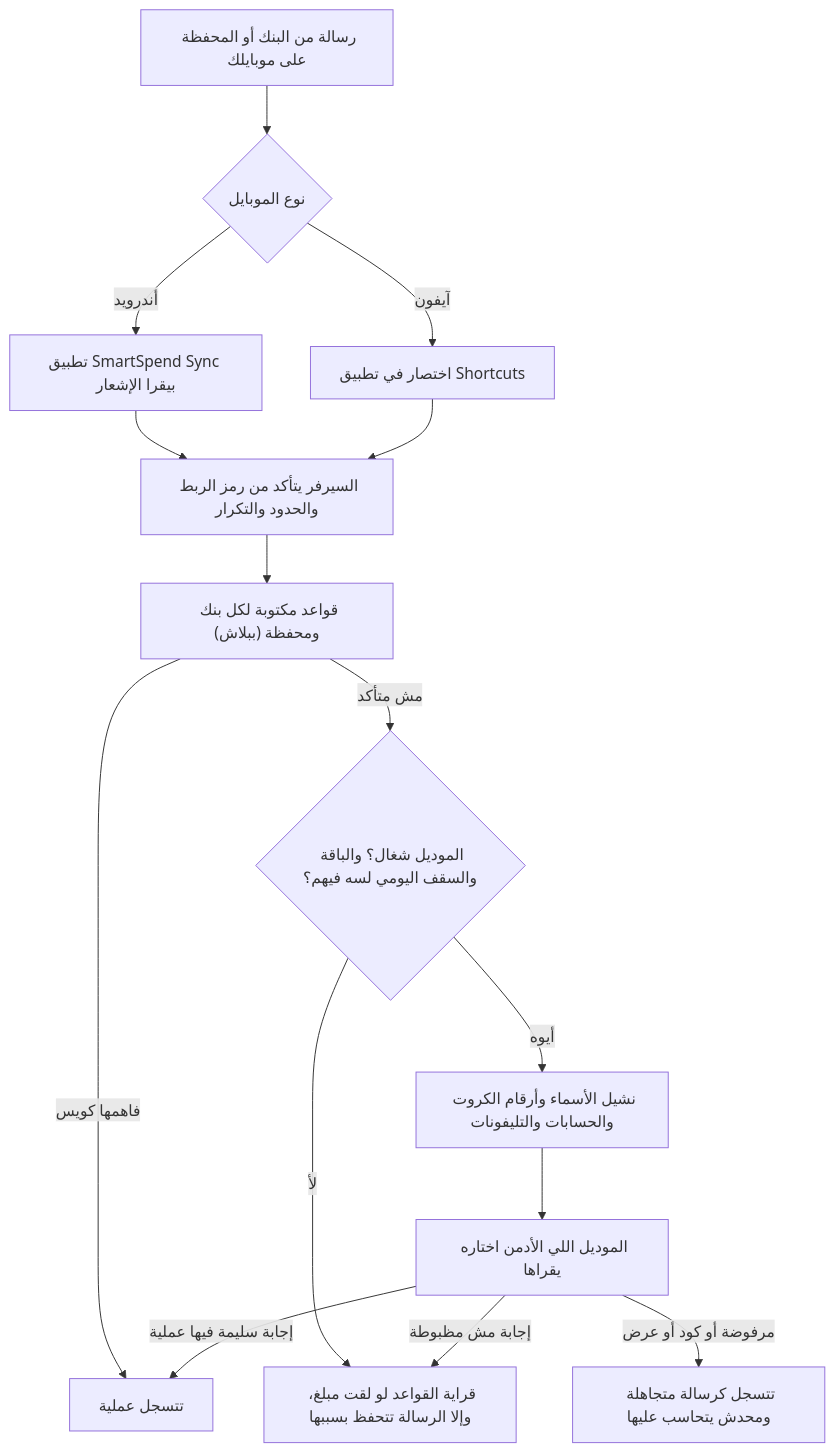
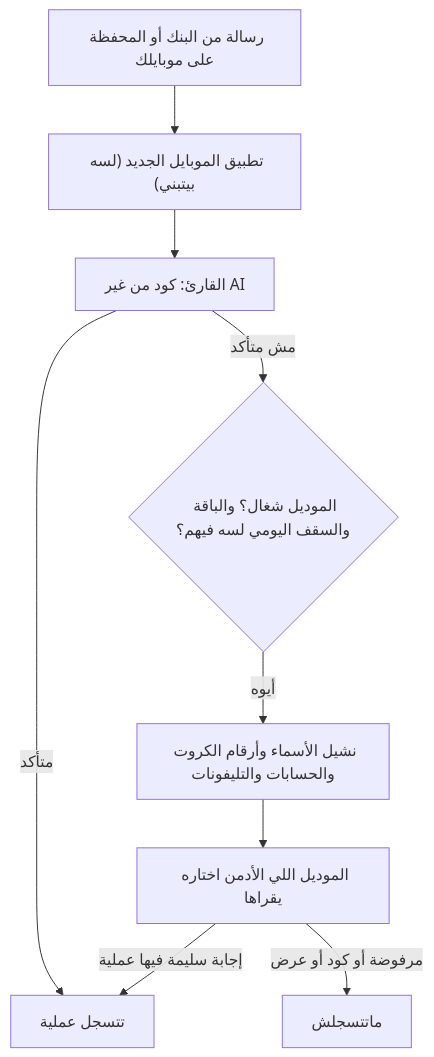
Before and after one commit to mahmoudtaherr111/smartspend_mini_all: the diagram in docs/ar/systems/bank-messages.md, drawn with Mermaid. The commit also changed other lines of this file and 76 other files, not shown here.

````diff
--- a/docs/ar/systems/bank-messages.md
+++ b/docs/ar/systems/bank-messages.md
@@ -14,17 +21,11 @@
 ```mermaid
 flowchart TD
-  A["رسالة من البنك أو المحفظة على موبايلك"] --> B{"نوع الموبايل"}
-  B -->|"أندرويد"| C["تطبيق SmartSpend Sync بيقرا الإشعار"]
-  B -->|"آيفون"| D["اختصار في تطبيق Shortcuts"]
-  C --> E["السيرفر يتأكد من رمز الربط والحدود والتكرار"]
-  D --> E
-  E --> F["قواعد مكتوبة لكل بنك ومحفظة (ببلاش)"]
-  F -->|"فاهمها كويس"| H["تتسجل عملية"]
-  F -->|"مش متأكد"| K{"الموديل شغال؟ والباقة والسقف اليومي لسه فيهم؟"}
-  K -->|"لأ"| L["قراية القواعد لو لقت مبلغ، وإلا الرسالة تتحفظ بسببها"]
+  A["رسالة من البنك أو المحفظة على موبايلك"] --> B["تطبيق الموبايل الجديد (لسه بيتبني)"]
+  B --> C["القارئ: كود من غير AI"]
+  C -->|"متأكد"| H["تتسجل عملية"]
+  C -->|"مش متأكد"| K{"الموديل شغال؟ والباقة والسقف اليومي لسه فيهم؟"}
   K -->|"أيوه"| M["نشيل الأسماء وأرقام الكروت والحسابات والتليفونات"]
   M --> G["الموديل اللي الأدمن اختاره يقراها"]
   G -->|"إجابة سليمة فيها عملية"| H
-  G -->|"مرفوضة أو كود أو عرض"| I["تتسجل كرسالة متجاهلة ومحدش يتحاسب عليها"]
-  G -->|"إجابة مش مظبوطة"| L
+  G -->|"مرفوضة أو كود أو عرض"| I["ماتتسجلش"]
 ```
````
